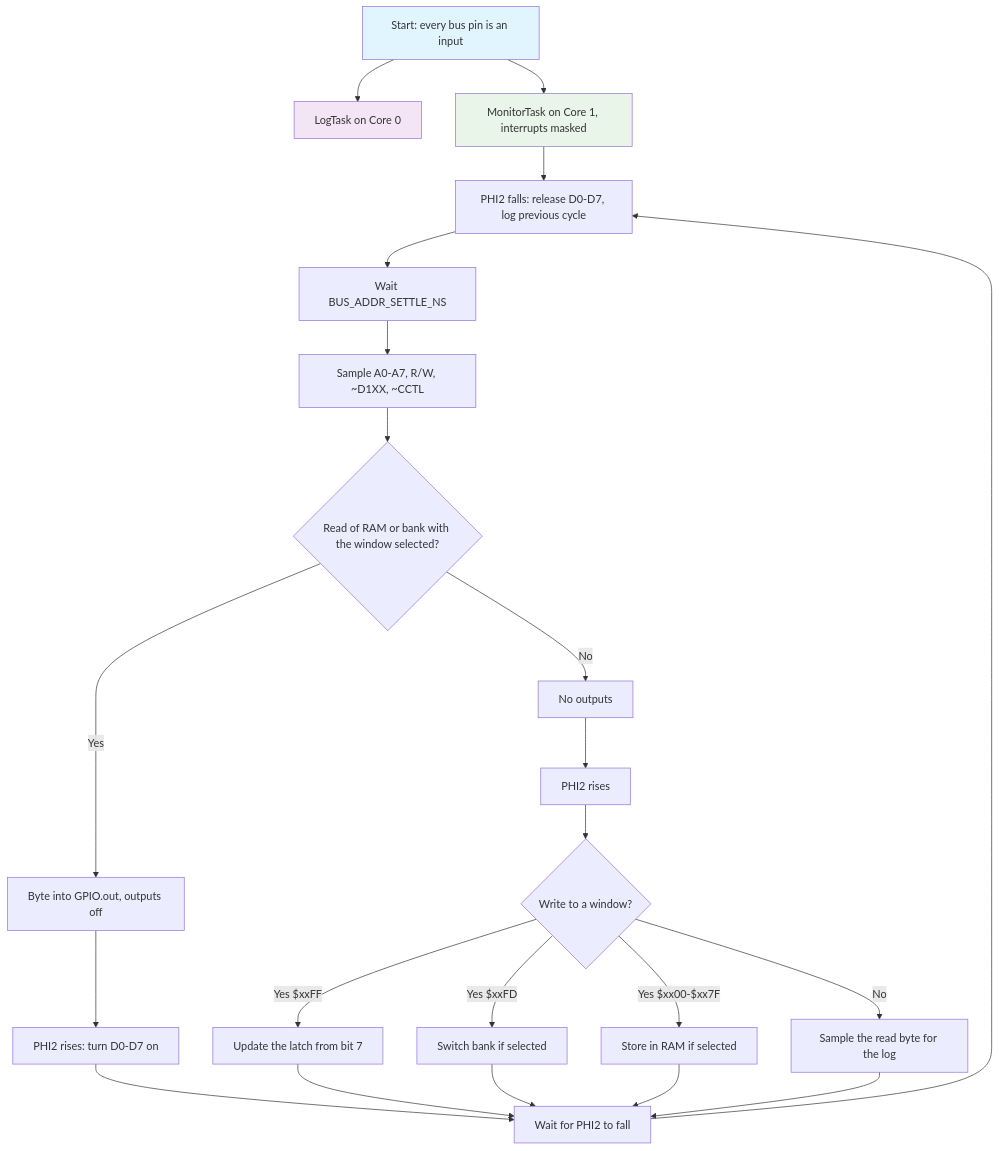
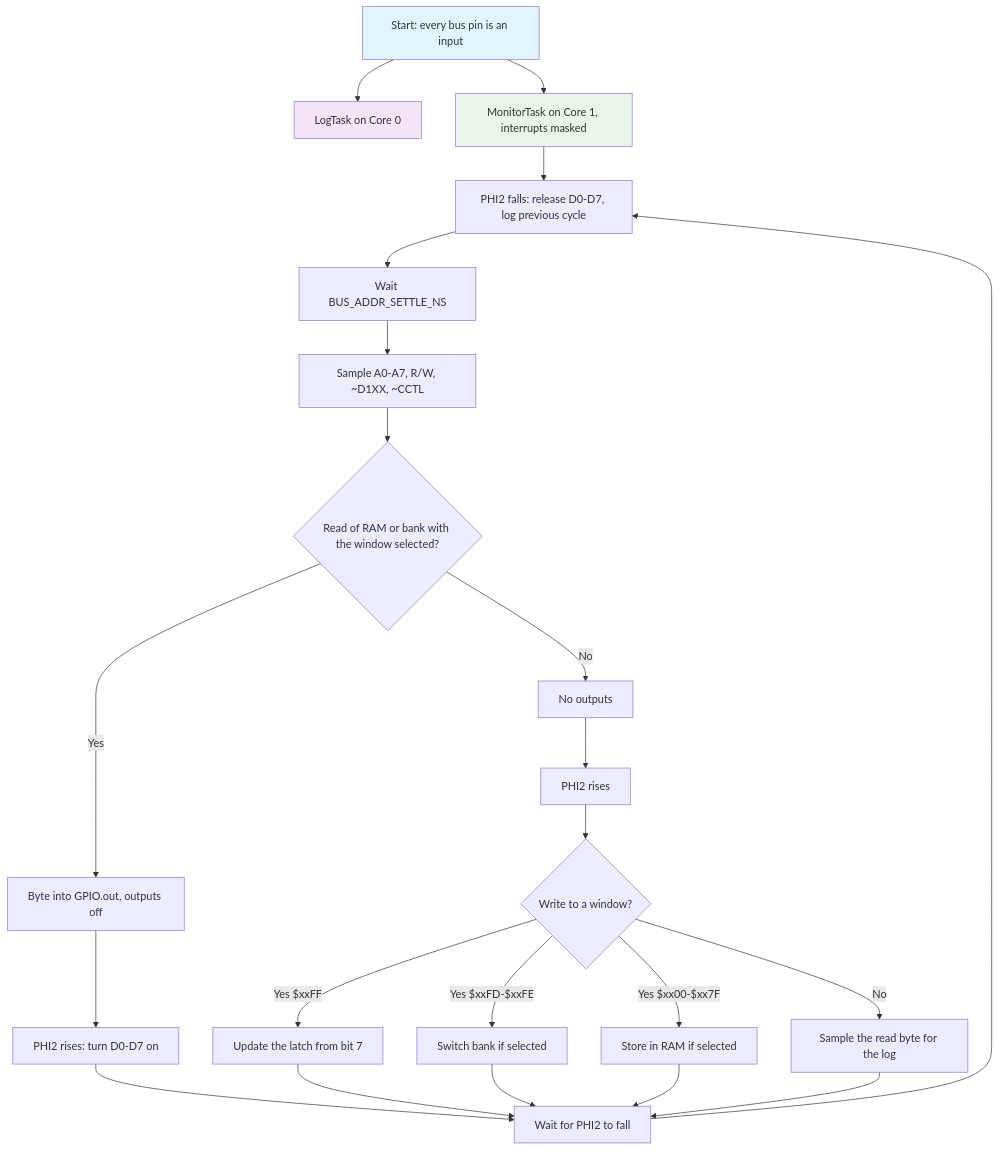
The second of 4 diagrams in README_EN.md (gianlucarenzi/ESP32-BOBOARD-5V), drawn with Mermaid before and after one commit. The commit also changed other lines of this file and 9 other files, not shown here.

````diff
--- a/README_EN.md
+++ b/README_EN.md
@@ -314,28 +317,28 @@
 ```mermaid
 flowchart TD
     A[Start: every bus pin is an input] --> B[LogTask on Core 0]
     A --> C[MonitorTask on Core 1, interrupts masked]
     C --> D[PHI2 falls: release D0-D7, log previous cycle]
     D --> E[Wait BUS_ADDR_SETTLE_NS]
     E --> F[Sample A0-A7, R/W, ~D1XX, ~CCTL]
     F --> G{Read of RAM or bank with the window selected?}
     G -->|Yes| H[Byte into GPIO.out, outputs off]
     G -->|No| I[No outputs]
     H --> J[PHI2 rises: turn D0-D7 on]
     I --> K[PHI2 rises]
     J --> L[Wait for PHI2 to fall]
     K --> M{Write to a window?}
     M -->|Yes $xxFF| N[Update the latch from bit 7]
-    M -->|Yes $xxFD| Q[Switch bank if selected]
+    M -->|Yes $xxFD-$xxFE| Q[Switch bank if selected]
     M -->|Yes $xx00-$xx7F| O[Store in RAM if selected]
     M -->|No| P[Sample the read byte for the log]
     N --> L
     Q --> L
     O --> L
     P --> L
     L --> D
 
     style A fill:#e1f5fe
     style B fill:#f3e5f5
     style C fill:#e8f5e8
 ```
````
